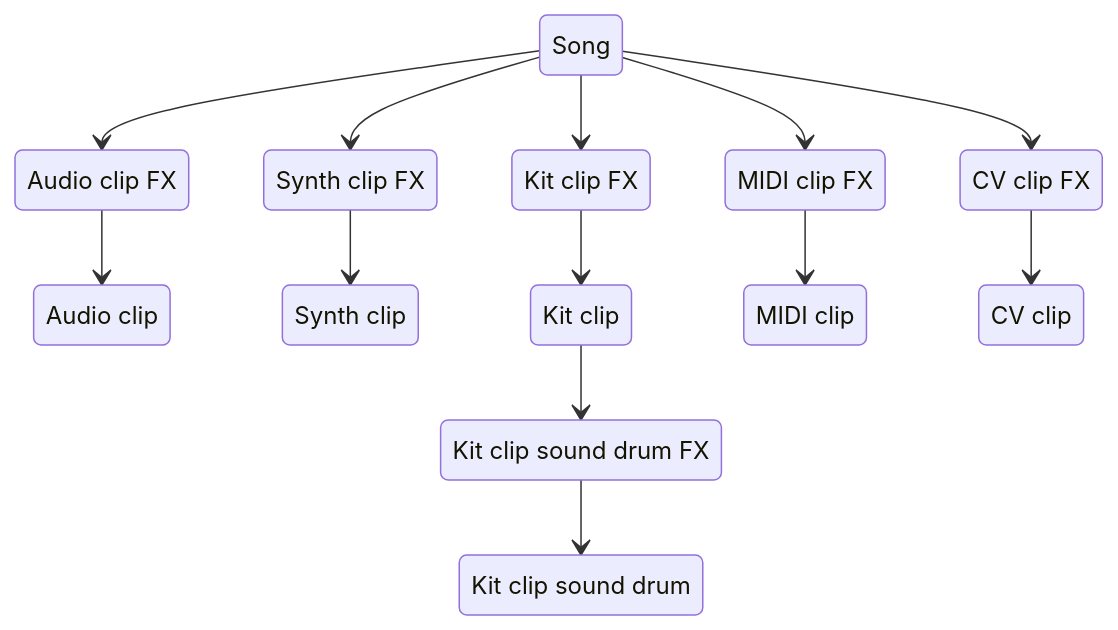
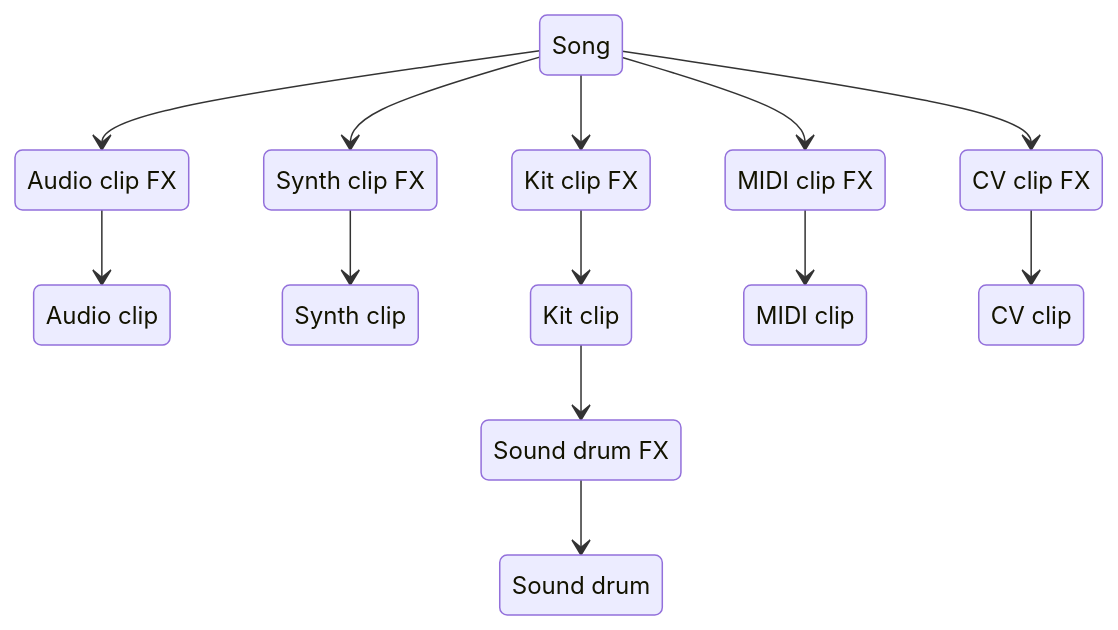
One commit to SynthstromAudible/DelugeFirmware changed the seventh of 19 diagrams in website/src/content/docs/manual/introduction/concepts.mdx. Above: the diagram before and after it, drawn with Mermaid. The commit also changed other lines of this file and 2 other files, not shown here.

````diff
--- a/website/src/content/docs/manual/introduction/concepts.mdx
+++ b/website/src/content/docs/manual/introduction/concepts.mdx
@@ -251,29 +251,29 @@
 ```mermaid
 stateDiagram-v2
   Song --> AudioClipFX
   Song --> SynthClipFX
   Song --> KitClipFX
   Song --> MIDIClipFX
   Song --> CVClipFX
   AudioClipFX --> AudioClip
   SynthClipFX --> SynthClip
   KitClipFX --> KitClip
   KitClip --> KitClipSoundDrumFX
   KitClipSoundDrumFX --> KitClipSoundDrum
   MIDIClipFX --> MIDIClip
   CVClipFX --> CVClip
 
   AudioClipFX: Audio clip FX
   SynthClipFX: Synth clip FX
   KitClipFX: Kit clip FX
-  KitClipSoundDrumFX: Kit clip sound drum FX
+  KitClipSoundDrumFX: Sound drum FX
   MIDIClipFX: MIDI clip FX
   CVClipFX: CV clip FX
 
   AudioClip: Audio clip
   SynthClip: Synth clip
   KitClip: Kit clip
-  KitClipSoundDrum: Kit clip sound drum
+  KitClipSoundDrum: Sound drum
   MIDIClip: MIDI clip
   CVClip: CV clip
 ```
````
